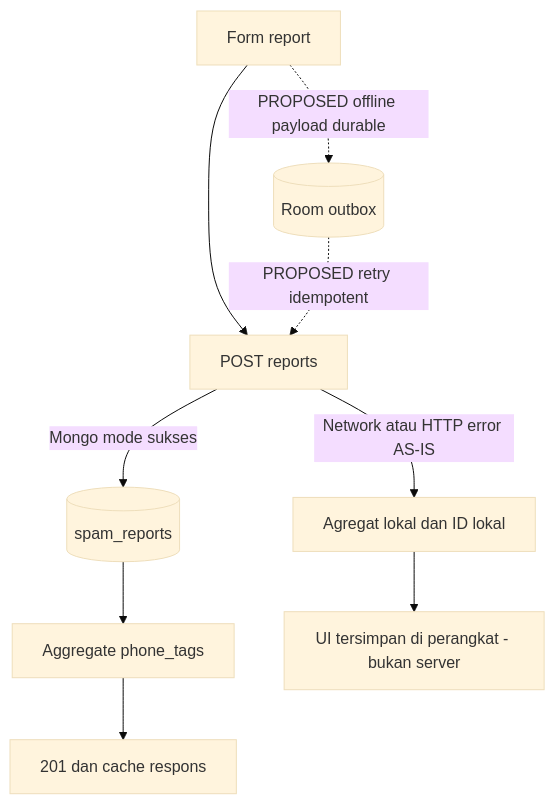
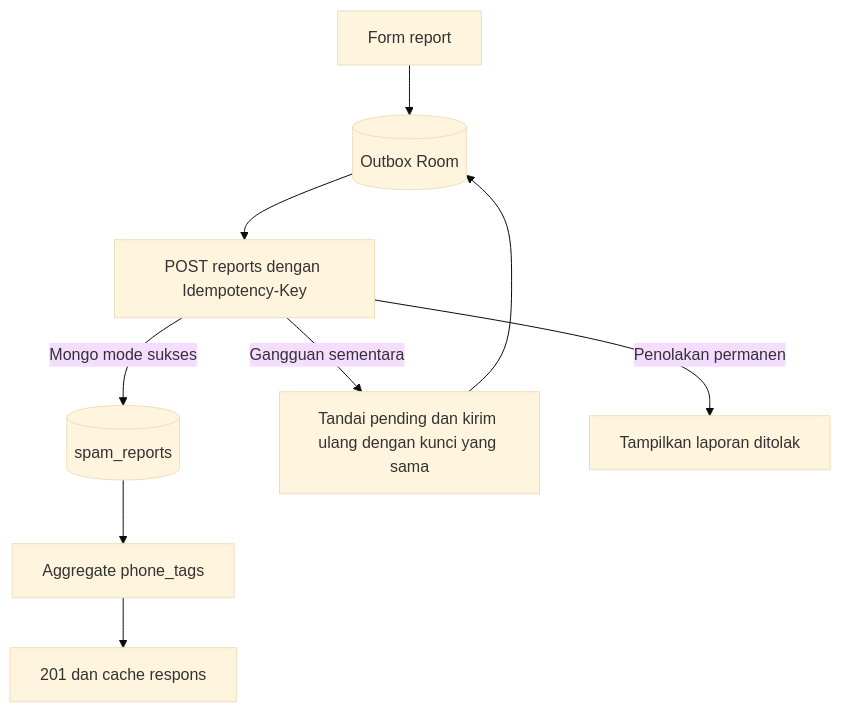
One commit to CallTag/CallTag changed the fourth of 4 diagrams in PRD.md. Above: the diagram before and after it, drawn with Mermaid (base theme). The commit also changed other lines of this file and 9 other files, not shown here.

````diff
--- a/PRD.md
+++ b/PRD.md
@@ -654,11 +657,11 @@
 ```mermaid
 flowchart TD
-    FORM[Form report] --> POST[POST reports]
+    FORM[Form report] --> OUT[(Outbox Room)]
+    OUT --> POST[POST reports dengan Idempotency-Key]
     POST -->|Mongo mode sukses| SR[(spam_reports)]
     SR --> AG[Aggregate phone_tags]
     AG --> ACK[201 dan cache respons]
-    POST -->|Network atau HTTP error AS-IS| LOC[Agregat lokal dan ID lokal]
-    LOC --> UI[UI tersimpan di perangkat - bukan server]
-    FORM -.->|PROPOSED offline payload durable| OUT[(Room outbox)]
-    OUT -.->|PROPOSED retry idempotent| POST
+    POST -->|Gangguan sementara| WAIT[Tandai pending dan kirim ulang dengan kunci yang sama]
+    WAIT --> OUT
+    POST -->|Penolakan permanen| ERROR[Tampilkan laporan ditolak]
 ```
````
